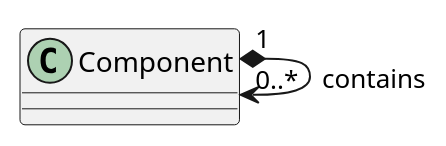
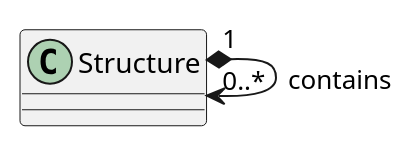
Before and after one commit to poesis-cloud/sis-blackboard-manager: the first of 2 diagrams in README.md, drawn with PlantUML. The commit also changed other lines of this file and 4 other files, not shown here.

````diff
--- a/README.md
+++ b/README.md
@@ -370,3 +385,3 @@
 ```plantuml
-Component "1" *--> "0..*" Component : contains
+Structure "1" *--> "0..*" Structure : contains
 ```
````
